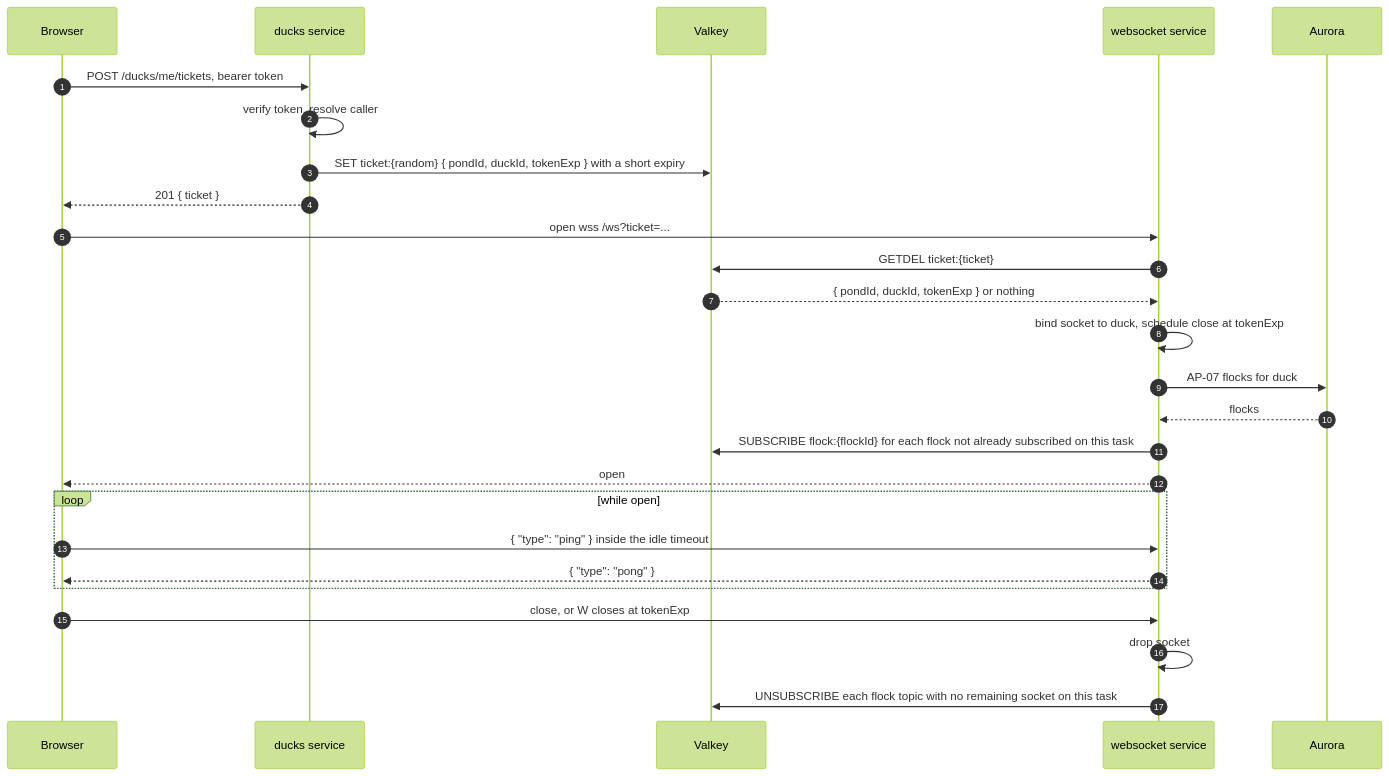
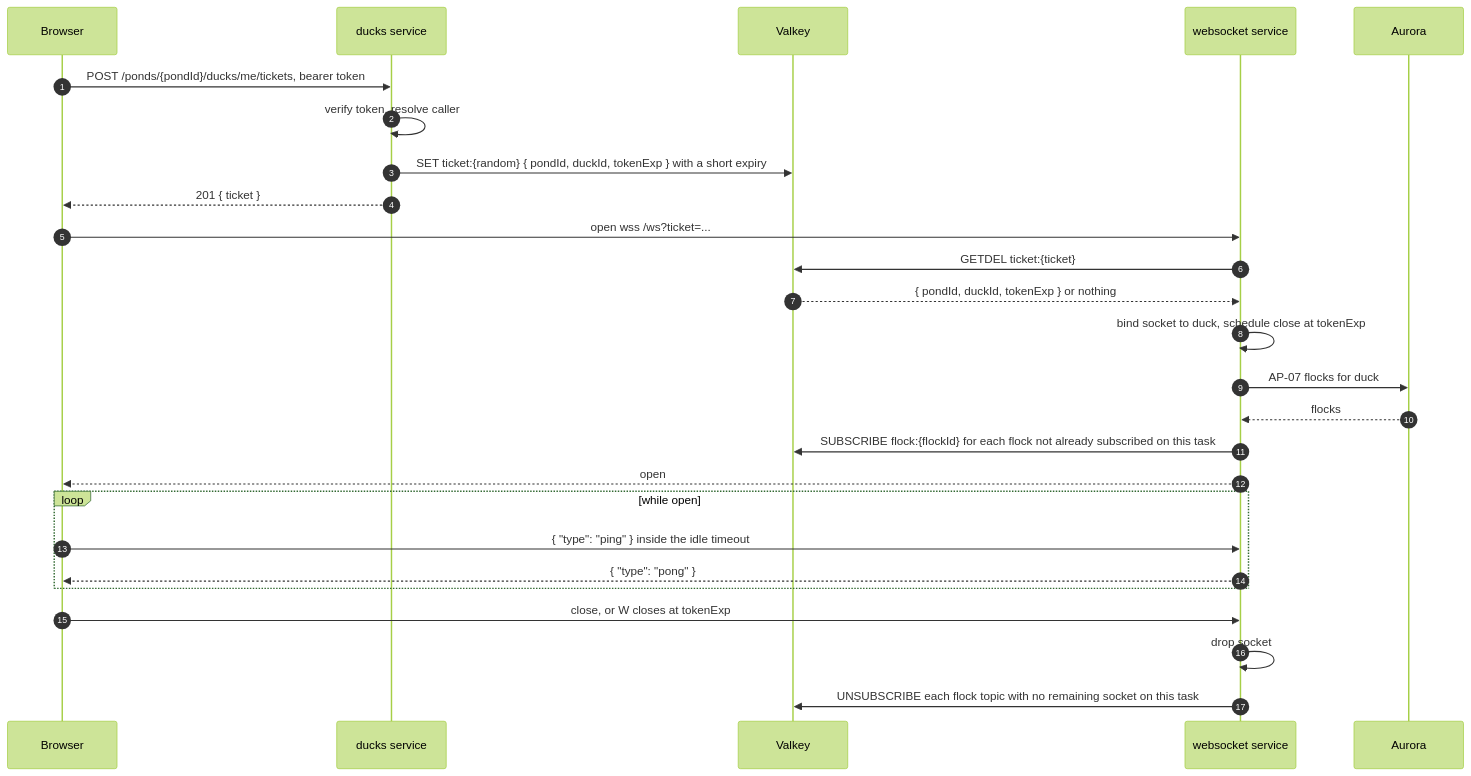
One commit to fractionalJoe/quack changed the diagram in docs/design/flows/wfl-07-connect-and-disconnect.md. Above: the diagram before and after it, drawn with Mermaid. The commit also changed other lines of this file and 10 other files, not shown here.

````diff
--- a/docs/design/flows/wfl-07-connect-and-disconnect.md
+++ b/docs/design/flows/wfl-07-connect-and-disconnect.md
@@ -10,32 +10,32 @@
 ```mermaid
 ---
 config:
   theme: forest
 ---
 sequenceDiagram
     autonumber
     participant B as Browser
     participant D as ducks service
     participant V as Valkey
     participant W as websocket service
     participant DB as Aurora
-    B->>D: POST /ducks/me/tickets, bearer token
+    B->>D: POST /ponds/{pondId}/ducks/me/tickets, bearer token
     D->>D: verify token, resolve caller
     D->>V: SET ticket:{random} { pondId, duckId, tokenExp } with a short expiry
     D-->>B: 201 { ticket }
     B->>W: open wss /ws?ticket=...
     W->>V: GETDEL ticket:{ticket}
     V-->>W: { pondId, duckId, tokenExp } or nothing
     W->>W: bind socket to duck, schedule close at tokenExp
     W->>DB: AP-07 flocks for duck
     DB-->>W: flocks
     W->>V: SUBSCRIBE flock:{flockId} for each flock not already subscribed on this task
     W-->>B: open
     loop while open
         B->>W: { "type": "ping" } inside the idle timeout
         W-->>B: { "type": "pong" }
     end
     B->>W: close, or W closes at tokenExp
     W->>W: drop socket
     W->>V: UNSUBSCRIBE each flock topic with no remaining socket on this task
 ```
````
